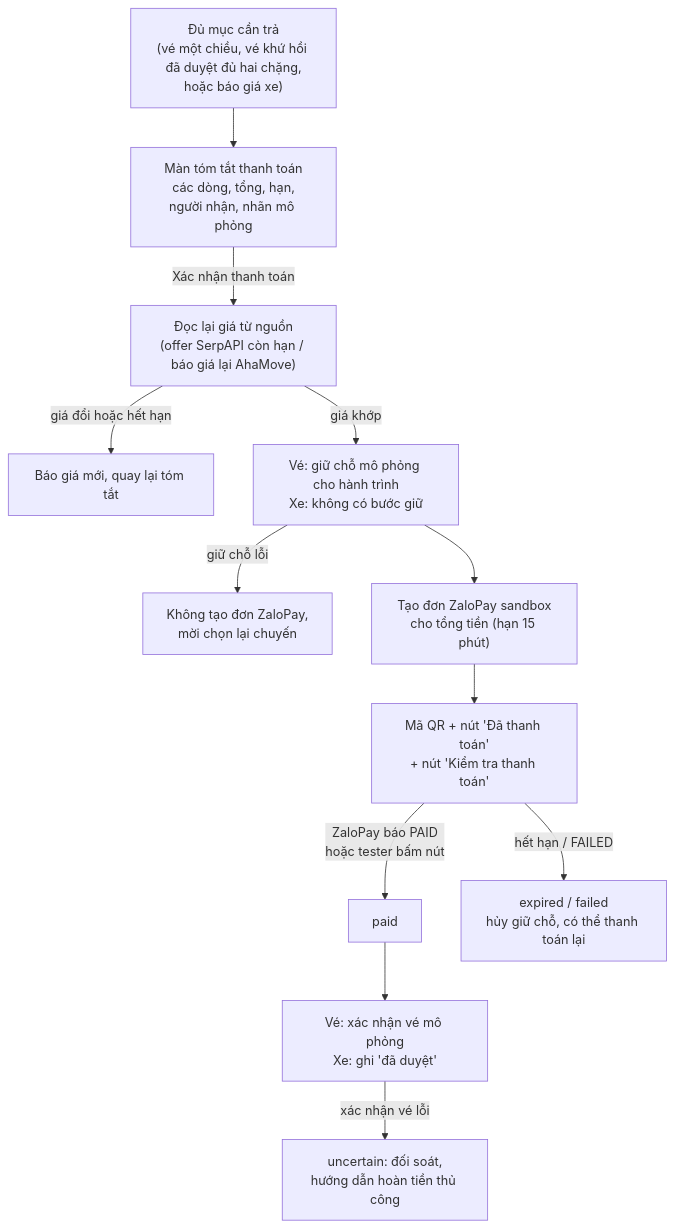
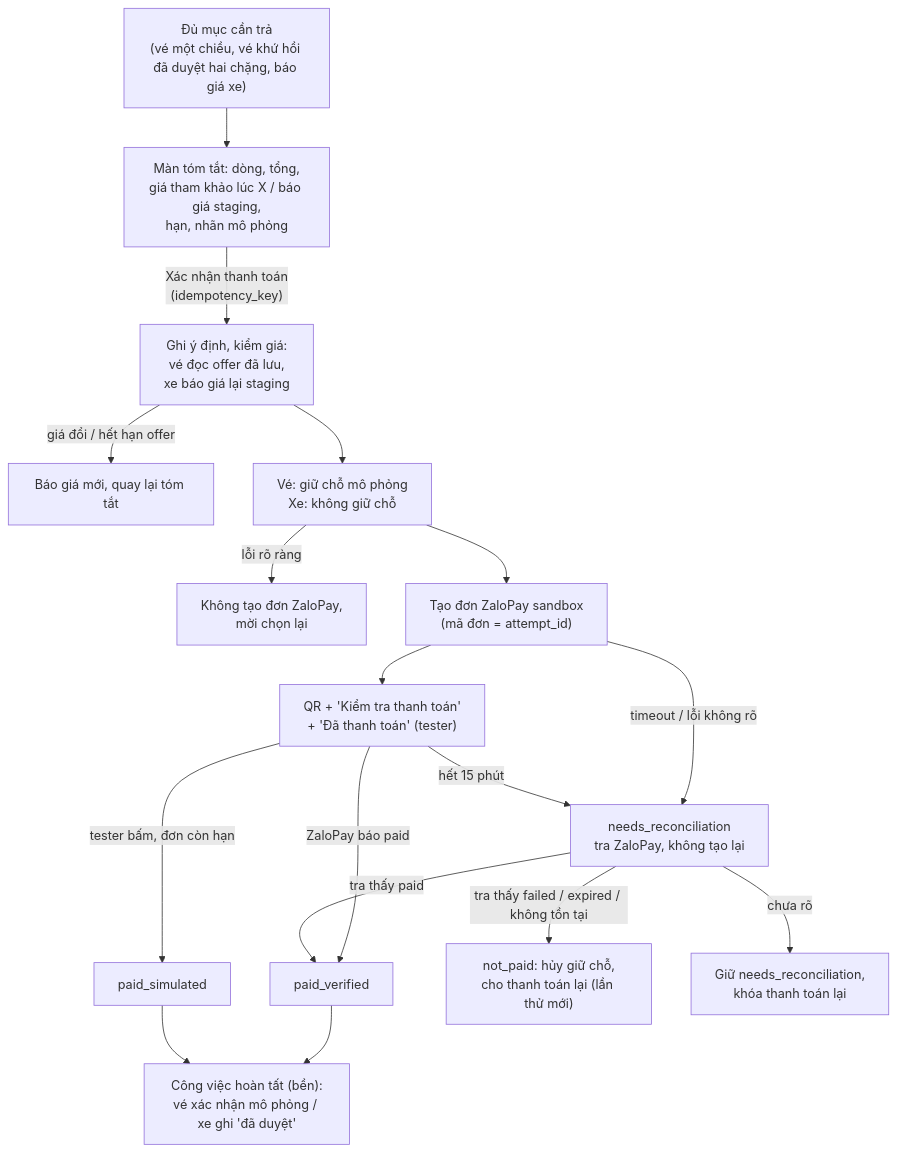
The first of 5 diagrams in docs/review/payment-design.md (the-liems/relohome), drawn with Mermaid before and after one commit. The commit also changed other lines of this file and 3 other files, not shown here.

````diff
--- a/docs/review/payment-design.md
+++ b/docs/review/payment-design.md
@@ -122,14 +131,19 @@
 ```mermaid
 flowchart TD
-  A["Đủ mục cần trả<br/>(vé một chiều, vé khứ hồi đã duyệt đủ hai chặng,<br/>hoặc báo giá xe)"] --> B["Màn tóm tắt thanh toán<br/>các dòng, tổng, hạn,<br/>người nhận, nhãn mô phỏng"]
-  B -->|"Xác nhận thanh toán"| C["Đọc lại giá từ nguồn<br/>(offer SerpAPI còn hạn / báo giá lại AhaMove)"]
-  C -->|"giá đổi hoặc hết hạn"| B2["Báo giá mới, quay lại tóm tắt"]
-  C -->|"giá khớp"| D["Vé: giữ chỗ mô phỏng cho hành trình<br/>Xe: không có bước giữ"]
-  D -->|"giữ chỗ lỗi"| E["Không tạo đơn ZaloPay,<br/>mời chọn lại chuyến"]
-  D --> F["Tạo đơn ZaloPay sandbox<br/>cho tổng tiền (hạn 15 phút)"]
-  F --> G["Mã QR + nút 'Đã thanh toán'<br/>+ nút 'Kiểm tra thanh toán'"]
-  G -->|"ZaloPay báo PAID<br/>hoặc tester bấm nút"| H["paid"]
-  G -->|"hết hạn / FAILED"| I["expired / failed<br/>hủy giữ chỗ, có thể thanh toán lại"]
-  H --> J["Vé: xác nhận vé mô phỏng<br/>Xe: ghi 'đã duyệt'"]
-  J -->|"xác nhận vé lỗi"| K["uncertain: đối soát,<br/>hướng dẫn hoàn tiền thủ công"]
+  A["Đủ mục cần trả<br/>(vé một chiều, vé khứ hồi đã duyệt hai chặng, báo giá xe)"] --> B["Màn tóm tắt: dòng, tổng,<br/>giá tham khảo lúc X / báo giá staging,<br/>hạn, nhãn mô phỏng"]
+  B -->|"Xác nhận thanh toán<br/>(idempotency_key)"| C["Ghi ý định, kiểm giá:<br/>vé đọc offer đã lưu,<br/>xe báo giá lại staging"]
+  C -->|"giá đổi / hết hạn offer"| B2["Báo giá mới, quay lại tóm tắt"]
+  C --> D["Vé: giữ chỗ mô phỏng<br/>Xe: không giữ chỗ"]
+  D -->|"lỗi rõ ràng"| E["Không tạo đơn ZaloPay,<br/>mời chọn lại"]
+  D --> F["Tạo đơn ZaloPay sandbox<br/>(mã đơn = attempt_id)"]
+  F -->|"timeout / lỗi không rõ"| R["needs_reconciliation<br/>tra ZaloPay, không tạo lại"]
+  F --> G["QR + 'Kiểm tra thanh toán'<br/>+ 'Đã thanh toán' (tester)"]
+  G -->|"ZaloPay báo paid"| P1["paid_verified"]
+  G -->|"tester bấm, đơn còn hạn"| P2["paid_simulated"]
+  G -->|"hết 15 phút"| R
+  R -->|"tra thấy paid"| P1
+  R -->|"tra thấy failed / expired / không tồn tại"| N["not_paid: hủy giữ chỗ,<br/>cho thanh toán lại (lần thử mới)"]
+  R -->|"chưa rõ"| R2["Giữ needs_reconciliation,<br/>khóa thanh toán lại"]
+  P1 --> J["Công việc hoàn tất (bền):<br/>vé xác nhận mô phỏng / xe ghi 'đã duyệt'"]
+  P2 --> J
 ```
````
